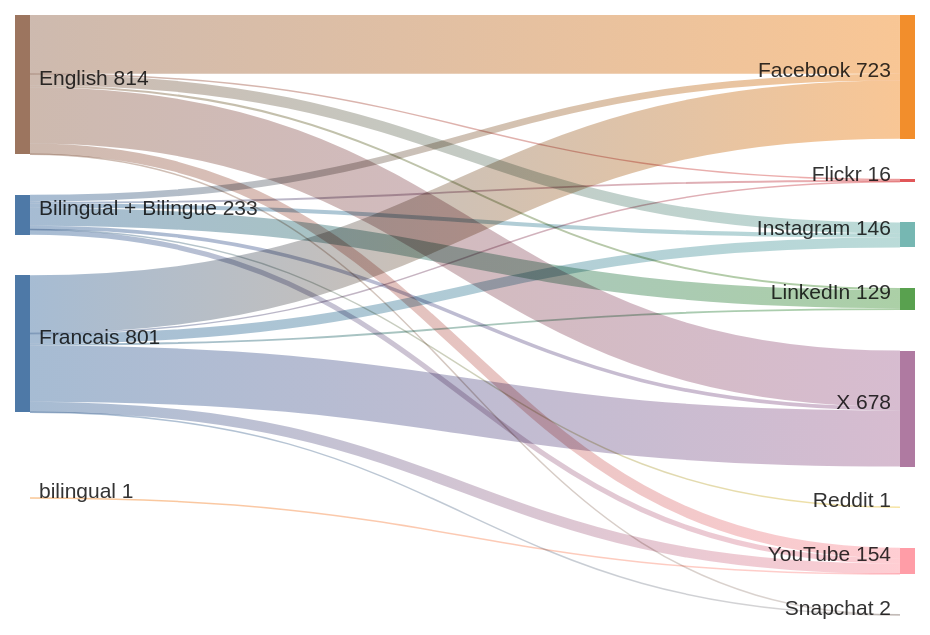
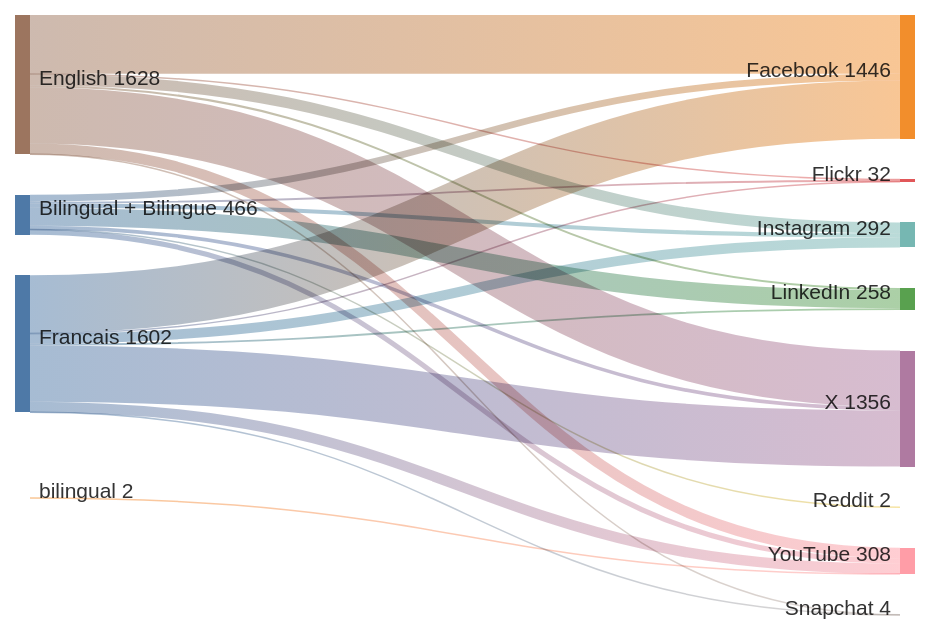
One commit to PatLittle/GC-Socials changed the diagram in sankey_diagram.md. Above: the diagram before and after it, drawn with Mermaid.

Commit message:
Update Sankey diagram for the most recent day

````diff
--- a/sankey_diagram.md
+++ b/sankey_diagram.md
@@ -1,25 +1,25 @@
 ```mermaid
 sankey-beta
-  Bilingual + Bilingue,Facebook,40
-  Bilingual + Bilingue,Flickr,11
-  Bilingual + Bilingue,Instagram,24
-  Bilingual + Bilingue,LinkedIn,106
-  Bilingual + Bilingue,Reddit,1
-  Bilingual + Bilingue,X,21
-  Bilingual + Bilingue,YouTube,30
-  English,Facebook,343
-  English,Flickr,3
-  English,Instagram,64
-  English,LinkedIn,12
-  English,Snapchat,1
-  English,X,329
-  English,YouTube,62
-  Francais,Facebook,340
-  Francais,Flickr,2
-  Francais,Instagram,58
-  Francais,LinkedIn,11
-  Francais,Snapchat,1
-  Francais,X,328
-  Francais,YouTube,61
-  bilingual,YouTube,1
+  Bilingual + Bilingue,Facebook,80
+  Bilingual + Bilingue,Flickr,22
+  Bilingual + Bilingue,Instagram,48
+  Bilingual + Bilingue,LinkedIn,212
+  Bilingual + Bilingue,Reddit,2
+  Bilingual + Bilingue,X,42
+  Bilingual + Bilingue,YouTube,60
+  English,Facebook,686
+  English,Flickr,6
+  English,Instagram,128
+  English,LinkedIn,24
+  English,Snapchat,2
+  English,X,658
+  English,YouTube,124
+  Francais,Facebook,680
+  Francais,Flickr,4
+  Francais,Instagram,116
+  Francais,LinkedIn,22
+  Francais,Snapchat,2
+  Francais,X,656
+  Francais,YouTube,122
+  bilingual,YouTube,2
 ```
````
